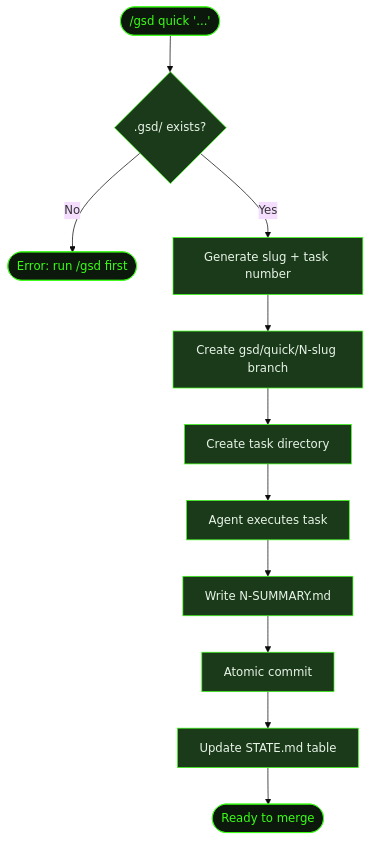
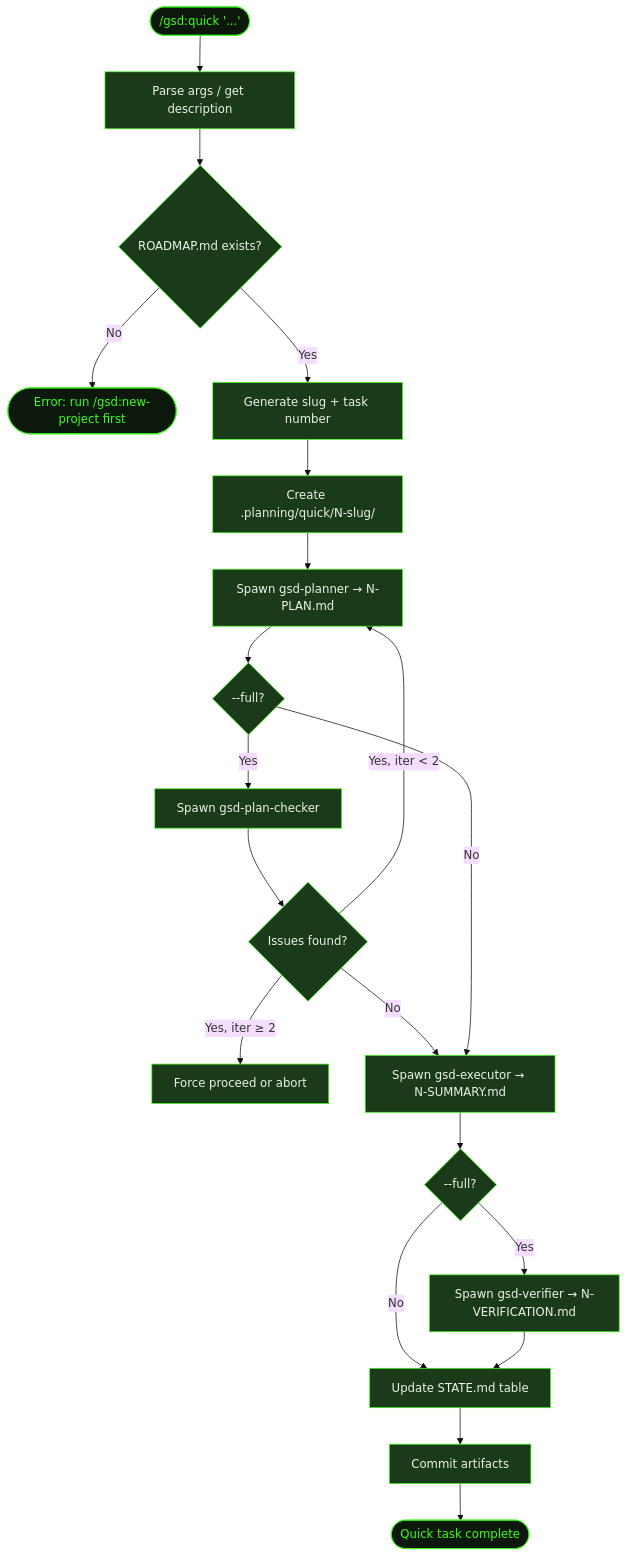
One commit to shusha-group/gsd2-guide changed the diagram in src/content/docs/recipes/small-change.mdx. Above: the diagram before and after it, drawn with Mermaid (base theme). The commit also changed other lines of this file and 79 other files, not shown here.

````diff
--- a/src/content/docs/recipes/small-change.mdx
+++ b/src/content/docs/recipes/small-change.mdx
@@ -42,25 +47,40 @@
 ```mermaid
 flowchart TD
-    Start(["/gsd quick '...'"]) --> Validate{.gsd/ exists?}
-    Validate -->|No| Fail([Error: run /gsd first])
-    Validate -->|Yes| Slug[Generate slug + task number]
-    Slug --> Branch[Create gsd/quick/N-slug branch]
-    Branch --> TaskDir[Create task directory]
-    TaskDir --> Execute[Agent executes task]
-    Execute --> Summary[Write N-SUMMARY.md]
-    Summary --> Commit[Atomic commit]
-    Commit --> State[Update STATE.md table]
-    State --> Done([Ready to merge])
+    Start(["/gsd:quick '...'"]) --> Parse[Parse args / get description]
+    Parse --> Validate{ROADMAP.md exists?}
+    Validate -->|No| Fail([Error: run /gsd:new-project first])
+    Validate -->|Yes| Init[Generate slug + task number]
+    Init --> TaskDir[Create .planning/quick/N-slug/]
+    TaskDir --> Planner[Spawn gsd-planner → N-PLAN.md]
+    Planner --> FullCheck{--full?}
+    FullCheck -->|Yes| Checker[Spawn gsd-plan-checker]
+    Checker --> Issues{Issues found?}
+    Issues -->|Yes, iter < 2| Planner
+    Issues -->|Yes, iter ≥ 2| OfferChoice[Force proceed or abort]
+    Issues -->|No| Executor
+    FullCheck -->|No| Executor[Spawn gsd-executor → N-SUMMARY.md]
+    Executor --> FullVerify{--full?}
+    FullVerify -->|Yes| Verifier[Spawn gsd-verifier → N-VERIFICATION.md]
+    FullVerify -->|No| State
+    Verifier --> State[Update STATE.md table]
+    State --> Commit[Commit artifacts]
+    Commit --> Done([Quick task complete])
 
     style Start fill:#0d180d,stroke:#39ff14,color:#39ff14
     style Fail fill:#0d180d,stroke:#39ff14,color:#39ff14
     style Done fill:#0d180d,stroke:#39ff14,color:#39ff14
+    style Parse fill:#1a3a1a,stroke:#39ff14,color:#e8f4e8
     style Validate fill:#1a3a1a,stroke:#39ff14,color:#e8f4e8
-    style Slug fill:#1a3a1a,stroke:#39ff14,color:#e8f4e8
-    style Branch fill:#1a3a1a,stroke:#39ff14,color:#e8f4e8
+    style Init fill:#1a3a1a,stroke:#39ff14,color:#e8f4e8
     style TaskDir fill:#1a3a1a,stroke:#39ff14,color:#e8f4e8
-    style Execute fill:#1a3a1a,stroke:#39ff14,color:#e8f4e8
-    style Summary fill:#1a3a1a,stroke:#39ff14,color:#e8f4e8
+    style Planner fill:#1a3a1a,stroke:#39ff14,color:#e8f4e8
+    style FullCheck fill:#1a3a1a,stroke:#39ff14,color:#e8f4e8
+    style Checker fill:#1a3a1a,stroke:#39ff14,color:#e8f4e8
+    style Issues fill:#1a3a1a,stroke:#39ff14,color:#e8f4e8
+    style OfferChoice fill:#1a3a1a,stroke:#39ff14,color:#e8f4e8
+    style Executor fill:#1a3a1a,stroke:#39ff14,color:#e8f4e8
+    style FullVerify fill:#1a3a1a,stroke:#39ff14,color:#e8f4e8
+    style Verifier fill:#1a3a1a,stroke:#39ff14,color:#e8f4e8
+    style State fill:#1a3a1a,stroke:#39ff14,color:#e8f4e8
     style Commit fill:#1a3a1a,stroke:#39ff14,color:#e8f4e8
-    style State fill:#1a3a1a,stroke:#39ff14,color:#e8f4e8
 ```
````
